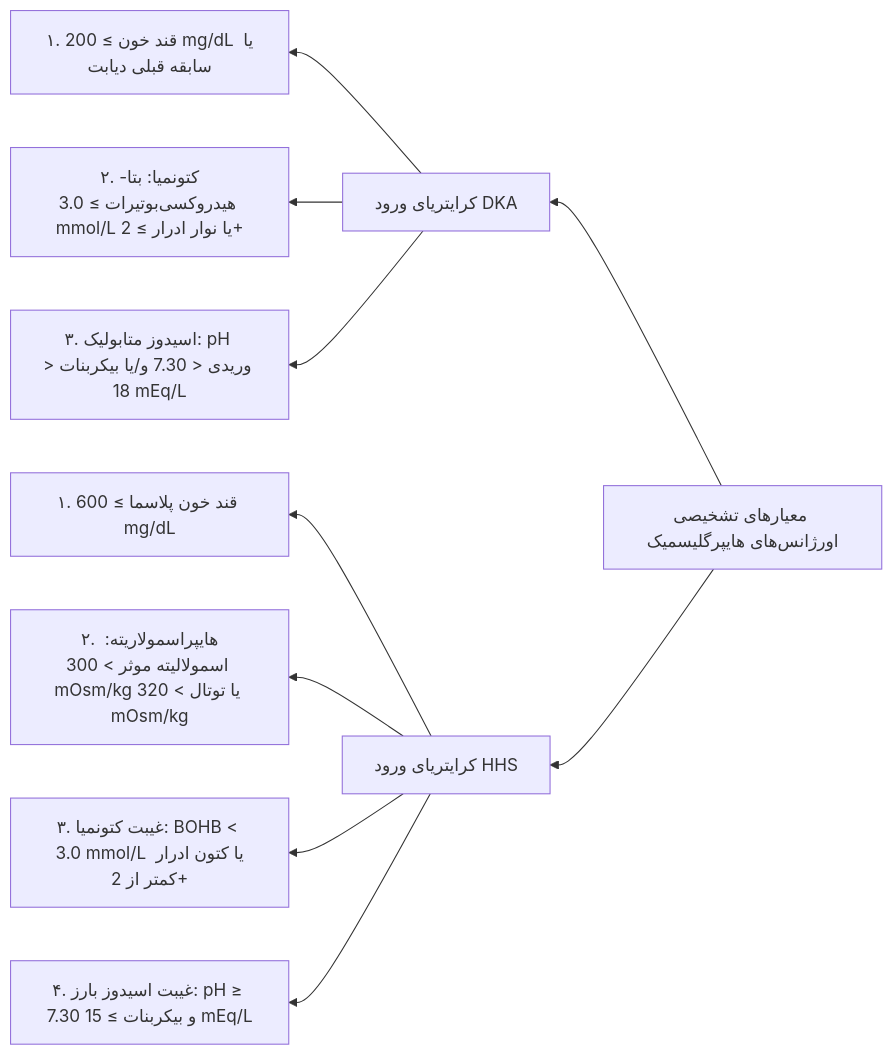
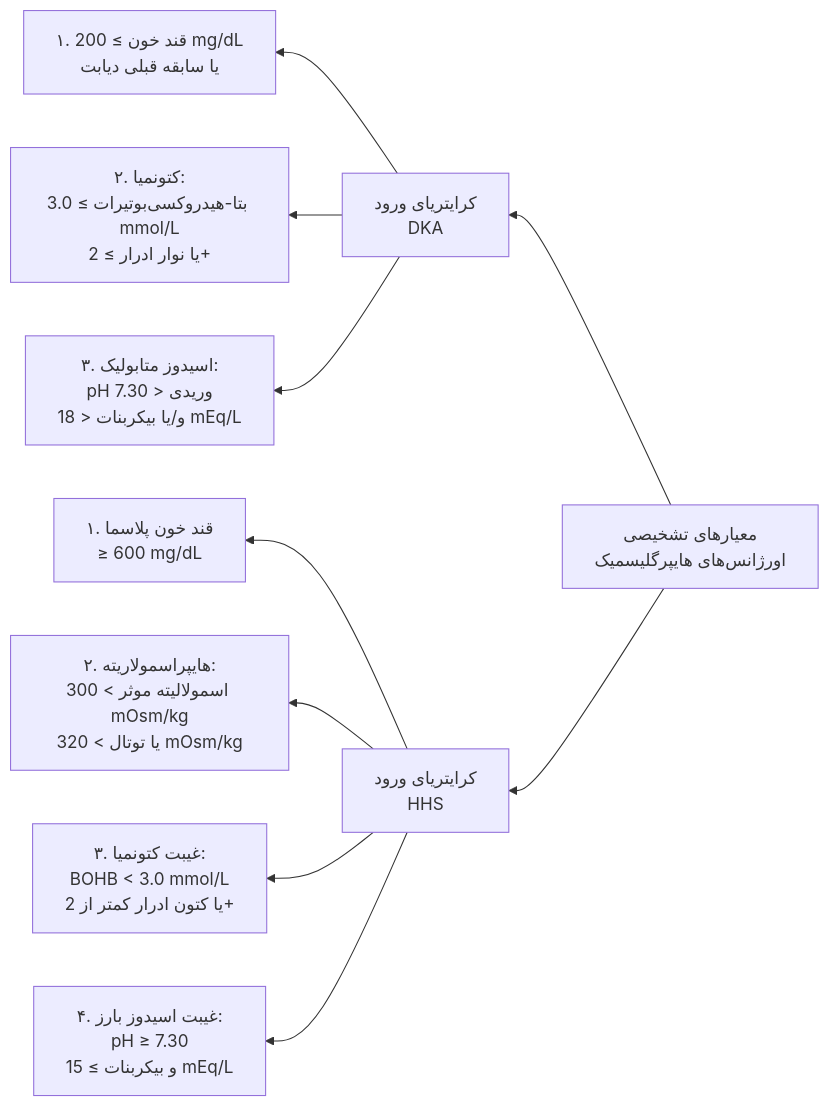
Before and after one commit to neopulse-hub/TUMS-1402-1-neo: the sixth of 8 diagrams in 07/مبانی غدد/عوارض دیابت.md, drawn with Mermaid. The commit also changed other lines of this file, not shown here.

Commit message:
Update عوارض دیابت.md

````diff
--- a/07/مبانی غدد/عوارض دیابت.md
+++ b/07/مبانی غدد/عوارض دیابت.md
@@ -319,14 +319,15 @@
 ```mermaid
 flowchart RL
-    CritRoot[معیارهای تشخیصی اورژانس‌های هایپرگلیسمیک] --> DKA_Box[کرایتریای ورود DKA]
-    CritRoot --> HHS_Box[کرایتریای ورود HHS]
 
-    DKA_Box --> D1[۱. قند خون ≥ 200 mg/dL یا سابقه قبلی دیابت]
-    DKA_Box --> D2[۲. کتونمیا: بتا-هیدروکسی‌بوتیرات ≥ 3.0 mmol/L یا نوار ادرار ≥ 2+]
-    DKA_Box --> D3[۳. اسیدوز متابولیک: pH وریدی < 7.30 و/یا بیکربنات < 18 mEq/L]
+CritRoot[معیارهای تشخیصی<br>اورژانس‌های هایپرگلیسمیک] --> DKA_Box[کرایتریای ورود<br>DKA]
 
-    HHS_Box --> H1[۱. قند خون پلاسما ≥ 600 mg/dL]
-    HHS_Box --> H2[۲. هایپراسمولاریته: اسمولالیته موثر > 300 mOsm/kg یا توتال > 320 mOsm/kg]
-    HHS_Box --> H3[۳. غیبت کتونمیا: BOHB < 3.0 mmol/L یا کتون ادرار کمتر از 2+]
-    HHS_Box --> H4[۴. غیبت اسیدوز بارز: pH ≥ 7.30 و بیکربنات ≥ 15 mEq/L]
+CritRoot --> HHS_Box[کرایتریای ورود<br>HHS]
+DKA_Box --> D1[۱. قند خون ≥ 200 mg/dL<br>یا سابقه قبلی دیابت]
+DKA_Box --> D2[۲. کتونمیا:<br>بتا-هیدروکسی‌بوتیرات ≥ 3.0 mmol/L<br>یا نوار ادرار ≥ 2+]
+DKA_Box --> D3[۳. اسیدوز متابولیک:<br>pH وریدی < 7.30<br>و/یا بیکربنات < 18 mEq/L]
+
+HHS_Box --> H1[۱. قند خون پلاسما<br>≥ 600 mg/dL]
+HHS_Box --> H2[۲. هایپراسمولاریته:<br>اسمولالیته موثر > 300 mOsm/kg<br>یا توتال > 320 mOsm/kg]
+HHS_Box --> H3[۳. غیبت کتونمیا:<br>BOHB < 3.0 mmol/L<br>یا کتون ادرار کمتر از 2+]
+HHS_Box --> H4[۴. غیبت اسیدوز بارز:<br>pH ≥ 7.30<br>و بیکربنات ≥ 15 mEq/L]
 ```
````
